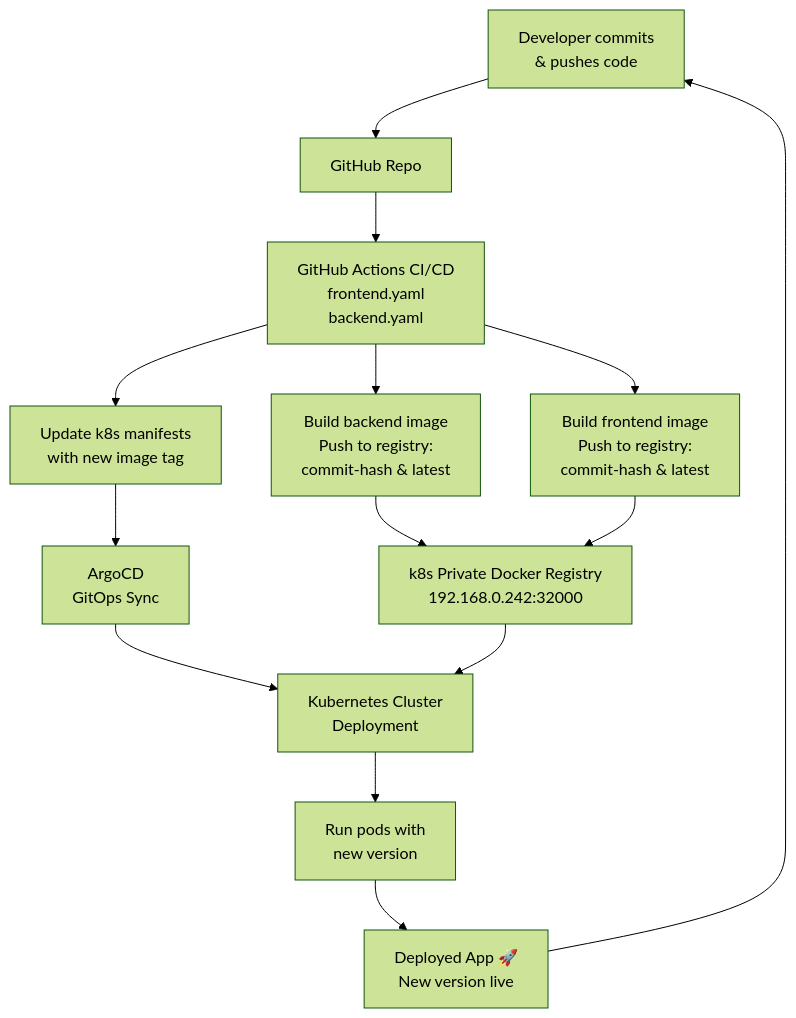
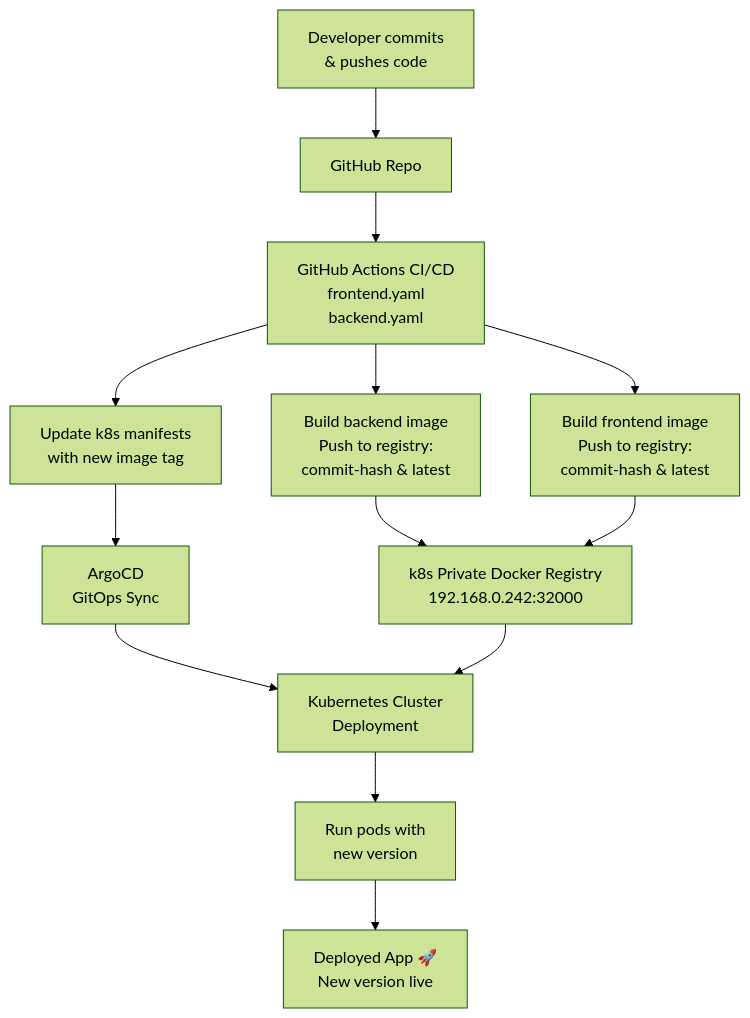
One commit to Surmi64/ev-charge-project changed the diagram in README.md. Above: the diagram before and after it, drawn with Mermaid (forest theme).

Commit message:
upd: readme extend with v10 flowchart

````diff
--- a/README.md
+++ b/README.md
@@ -90,41 +90,40 @@
 ```mermaid
 flowchart TD
     dev["`Developer commits
     & pushes code`"] 
     repo["GitHub Repo"]
     ci["`GitHub Actions CI/CD
     frontend.yaml
     backend.yaml`"]
     backendBuild["`Build backend image
     Push to registry:
     commit-hash & latest`"]
     frontendBuild["`Build frontend image
     Push to registry:
     commit-hash & latest`"]
     registry["`k8s Private Docker Registry
     192.168.0.242:32000`"]
     manifests["`Update k8s manifests
     with new image tag`"]
     argocd["`ArgoCD
     GitOps Sync`"]
     k8s["`Kubernetes Cluster
     Deployment`"]
     pods["`Run pods with
     new version`"]
     deployed["`Deployed App 🚀
     New version live`"]
 
     dev --> repo
     repo --> ci
     ci --> backendBuild
     ci --> frontendBuild
     backendBuild --> registry
     frontendBuild --> registry
     ci --> manifests
     manifests --> argocd
     argocd --> k8s
     registry --> k8s
     k8s --> pods
     pods --> deployed
-    deployed --> dev
 ```
````
